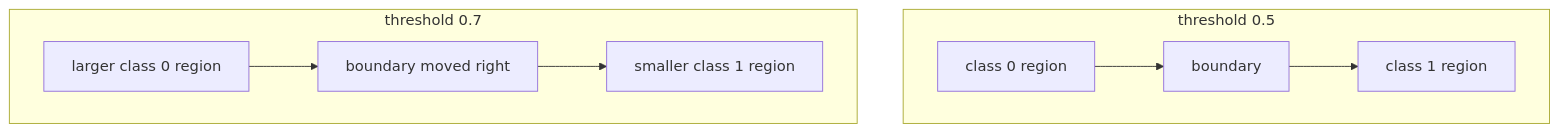
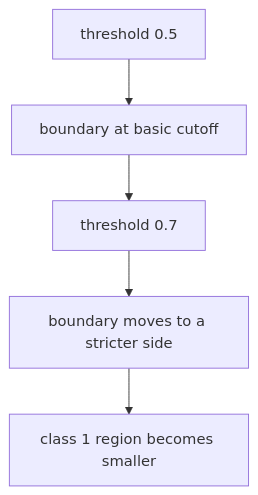
The third of 4 diagrams in docs/parts/part-03/chapter-11/section-02.md (devchan64/AiBook), drawn with Mermaid before and after one commit. The commit also changed 1 other file, not shown here.

Commit message:
docs: streamline ml and boundary diagrams

````diff
--- a/docs/parts/part-03/chapter-11/section-02.md
+++ b/docs/parts/part-03/chapter-11/section-02.md
@@ -194,12 +194,10 @@
 ```mermaid
 flowchart TD
-  subgraph S1["threshold 0.5"]
-    direction LR
-    A1["class 0 region"] --> B1["boundary"] --> C1["class 1 region"]
-  end
+  A["threshold 0.5"]
+  B["boundary at basic cutoff"]
+  C["threshold 0.7"]
+  D["boundary moves to a stricter side"]
+  E["class 1 region becomes smaller"]
 
-  subgraph S2["threshold 0.7"]
-    direction LR
-    A2["larger class 0 region"] --> B2["boundary moved right"] --> C2["smaller class 1 region"]
-  end
+  A --> B --> C --> D --> E
 ```
````
